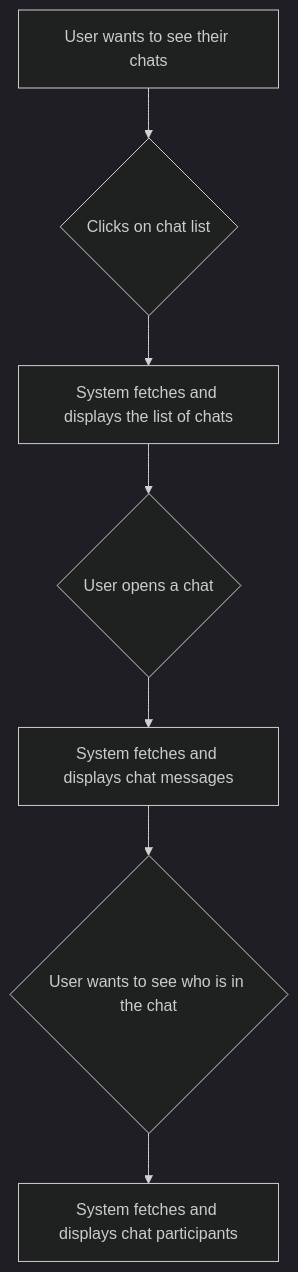
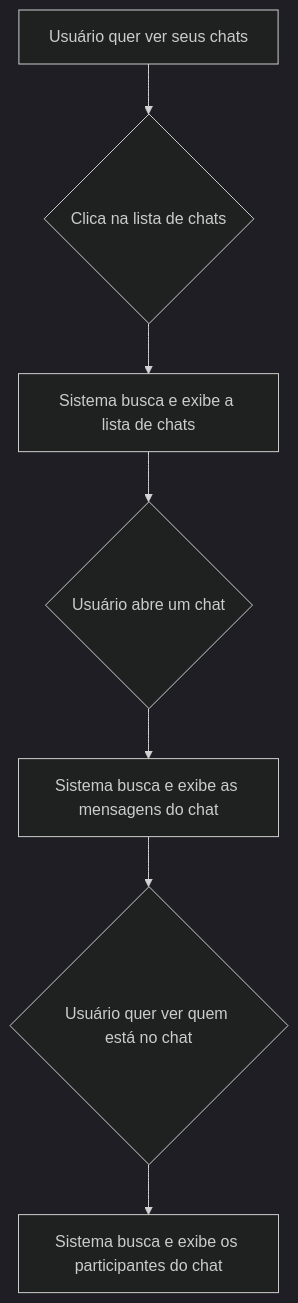
Before and after one commit to Thiagoldo/pos-unifametro-backend: diagram 16 of 16 in docs/diagrams.md, drawn with Mermaid (dark theme). The commit also changed other lines of this file, not shown here.

Commit message:
docs: translate diagrams.md to portuguese

````diff
--- a/docs/diagrams.md
+++ b/docs/diagrams.md
@@ -295,9 +295,9 @@
 ```mermaid
 graph TD
-    A[User wants to see their chats] --> B{Clicks on chat list};
-    B --> C[System fetches and displays the list of chats];
-    C --> D{User opens a chat};
-    D --> E[System fetches and displays chat messages];
-    E --> F{User wants to see who is in the chat};
-    F --> G[System fetches and displays chat participants];
+    A[Usuário quer ver seus chats] --> B{Clica na lista de chats};
+    B --> C[Sistema busca e exibe a lista de chats];
+    C --> D{Usuário abre um chat};
+    D --> E[Sistema busca e exibe as mensagens do chat];
+    E --> F{Usuário quer ver quem está no chat};
+    F --> G[Sistema busca e exibe os participantes do chat];
 ```
````
